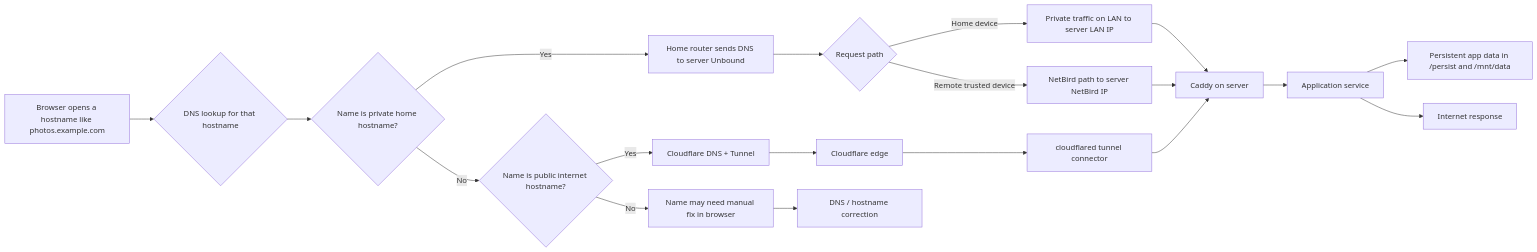
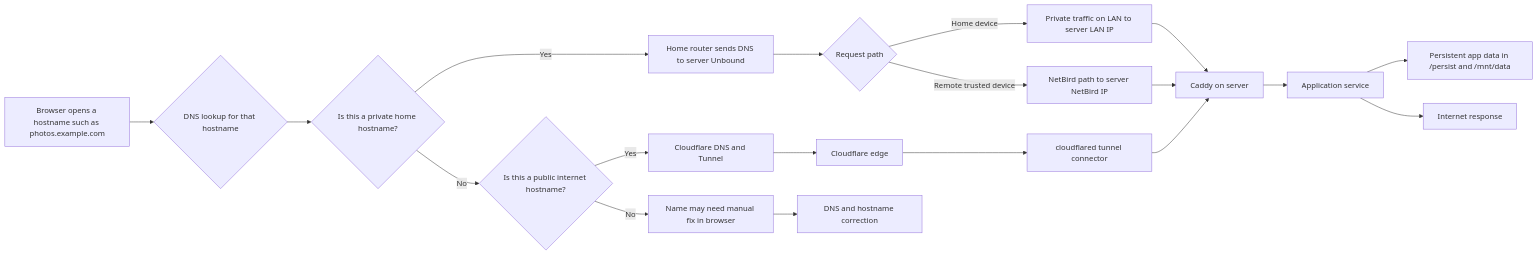
The first of 3 diagrams in README.md (DFruit1/NixHomeServer), drawn with Mermaid before and after one commit. The commit also changed other lines of this file, not shown here.

First line of the commit message:
Clarify core modules and auth flow in README

````diff
--- a/README.md
+++ b/README.md
@@ -645,21 +698,21 @@
 ```mermaid
 flowchart LR
-    A[Browser opens a hostname like photos.example.com] --> B{DNS lookup for that hostname}
-    B --> C{Name is private home hostname?}
-    C -->|Yes| D[Home router sends DNS to server Unbound]
-    C -->|No| E{Name is public internet hostname?}
-    E -->|Yes| F[Cloudflare DNS + Tunnel]
-    E -->|No| G[Name may need manual fix in browser]
-    D --> H{Request path}
-    H -->|Home device| I[Private traffic on LAN to server LAN IP]
-    H -->|Remote trusted device| J[NetBird path to server NetBird IP]
-    I --> K[Caddy on server]
+    A["Browser opens a hostname such as photos.example.com"] --> B{"DNS lookup for that hostname"}
+    B --> C{"Is this a private home hostname?"}
+    C -->|Yes| D["Home router sends DNS to server Unbound"]
+    C -->|No| E{"Is this a public internet hostname?"}
+    E -->|Yes| F["Cloudflare DNS and Tunnel"]
+    E -->|No| G["Name may need manual fix in browser"]
+    D --> H{"Request path"}
+    H -->|Home device| I["Private traffic on LAN to server LAN IP"]
+    H -->|Remote trusted device| J["NetBird path to server NetBird IP"]
+    I --> K["Caddy on server"]
     J --> K
-    F --> L[Cloudflare edge]
-    L --> M[cloudflared tunnel connector]
+    F --> L["Cloudflare edge"]
+    L --> M["cloudflared tunnel connector"]
     M --> K
-    K --> N[Application service]
-    N --> O[Persistent app data in /persist and /mnt/data]
-    N --> P[Internet response]
-    G --> Q[DNS / hostname correction]
+    K --> N["Application service"]
+    N --> O["Persistent app data in /persist and /mnt/data"]
+    N --> P["Internet response"]
+    G --> Q["DNS and hostname correction"]
 ```
````
